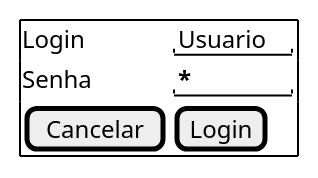
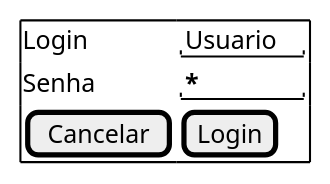
Before and after one commit to samoryfiotec/C4: the diagram in Wireframe.puml, drawn with PlantUML. The commit also changed 7 other files, not shown here.

```diff
--- a/Wireframe.puml
+++ b/Wireframe.puml
@@ -1,11 +1,11 @@
 @startuml
-
+!theme aws-orange
 salt
 {+
     Login     | "Usuario"
     Senha     | "*****  "
     [Cancelar]| [Login]
 
 }
 
 @enduml
```
